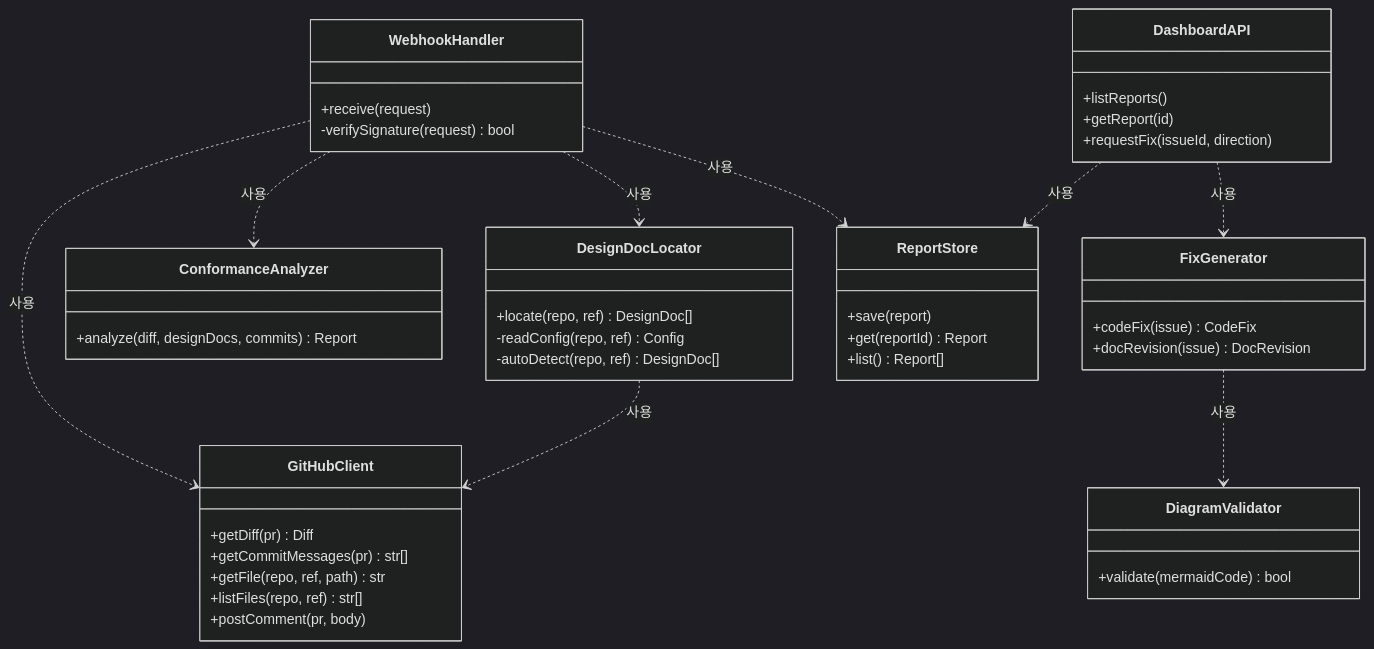
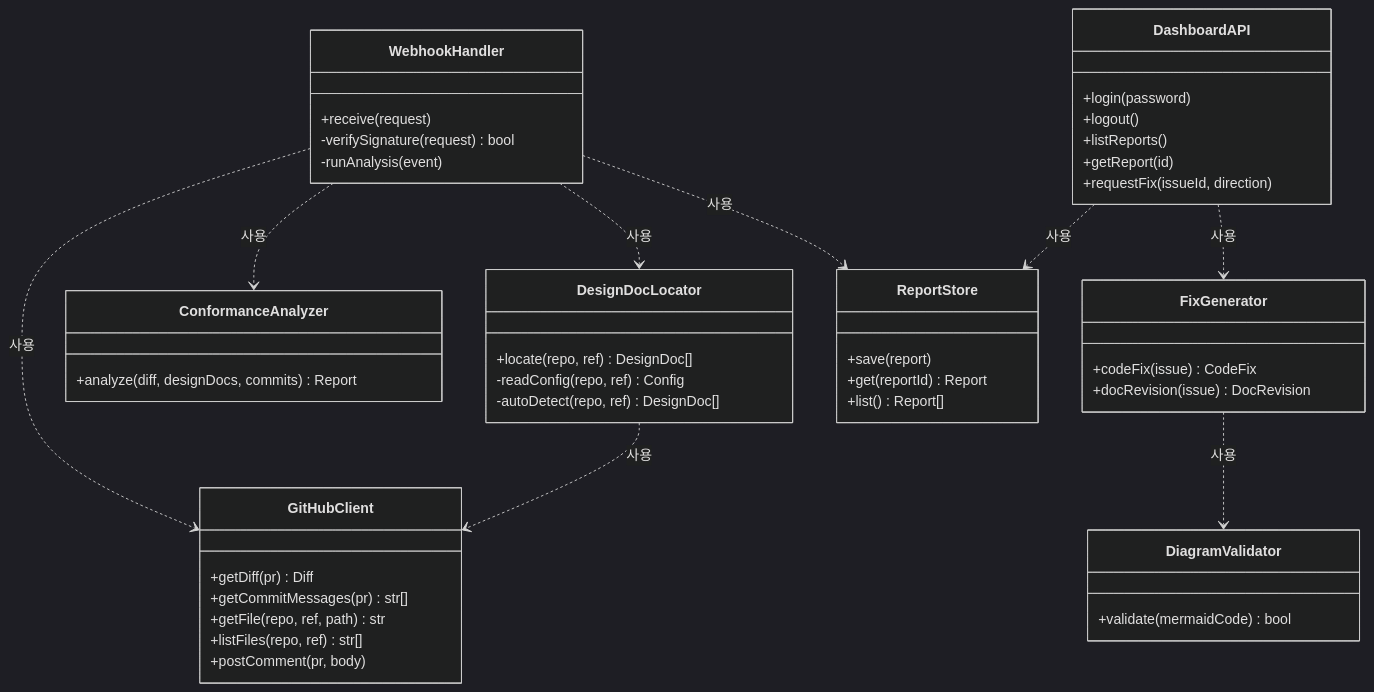
One commit to Jindahye/archicheck changed the fourth of 4 diagrams in docs/DESIGN.md. Above: the diagram before and after it, drawn with Mermaid (dark theme). The commit also changed other lines of this file and 5 other files, not shown here.

````diff
--- a/docs/DESIGN.md
+++ b/docs/DESIGN.md
@@ -194,48 +226,51 @@
 ```mermaid
 classDiagram
     class WebhookHandler {
         +receive(request)
         -verifySignature(request) bool
+        -runAnalysis(event)
     }
     class GitHubClient {
         +getDiff(pr) Diff
         +getCommitMessages(pr) str[]
         +getFile(repo, ref, path) str
         +listFiles(repo, ref) str[]
         +postComment(pr, body)
     }
     class DesignDocLocator {
         +locate(repo, ref) DesignDoc[]
         -readConfig(repo, ref) Config
         -autoDetect(repo, ref) DesignDoc[]
     }
     class ConformanceAnalyzer {
         +analyze(diff, designDocs, commits) Report
     }
     class FixGenerator {
         +codeFix(issue) CodeFix
         +docRevision(issue) DocRevision
     }
     class DiagramValidator {
         +validate(mermaidCode) bool
     }
     class ReportStore {
         +save(report)
         +get(reportId) Report
         +list() Report[]
     }
     class DashboardAPI {
+        +login(password)
+        +logout()
         +listReports()
         +getReport(id)
         +requestFix(issueId, direction)
     }
 
     WebhookHandler ..> GitHubClient : 사용
     WebhookHandler ..> DesignDocLocator : 사용
     WebhookHandler ..> ConformanceAnalyzer : 사용
     WebhookHandler ..> ReportStore : 사용
     DesignDocLocator ..> GitHubClient : 사용
     DashboardAPI ..> ReportStore : 사용
     DashboardAPI ..> FixGenerator : 사용
     FixGenerator ..> DiagramValidator : 사용
 ```
````
